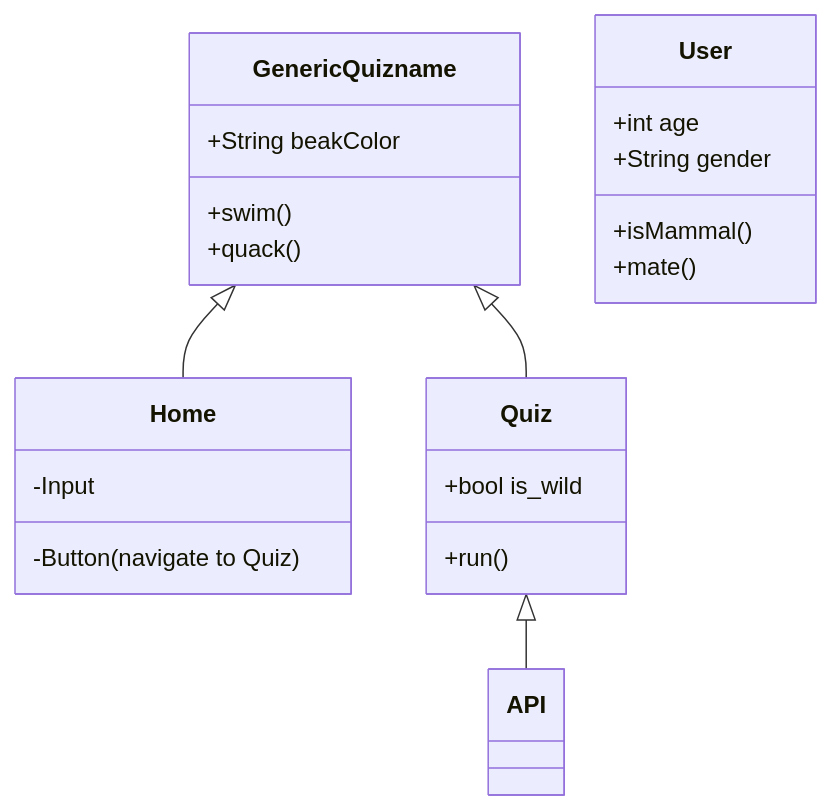
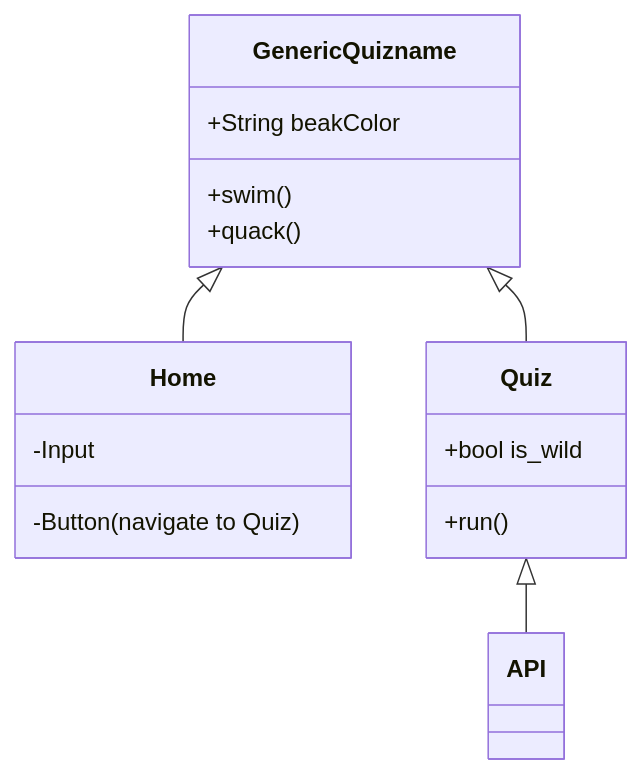
One commit to AdamAgerling/AdamAgerling-testing_typescript-quiz_app changed the diagram in src/Diagrams/classDiagram.md. Above: the diagram before and after it, drawn with Mermaid.

````diff
--- a/src/Diagrams/classDiagram.md
+++ b/src/Diagrams/classDiagram.md
@@ -1,26 +1,23 @@
 ```mermaid
   classDiagram
     Generic Quizname <|-- Home
     Generic Quizname <|-- Quiz
     Quiz <|-- API
-    User : +int age
-    User : +String gender
-    User: +isMammal()
-    User: +mate()
+
 
     class Generic Quizname {
         +String beakColor
         +swim()
         +quack()
     }
     class Home{
         -Input
         -Button(navigate to Quiz)
     }
     class Quiz{
         +bool is_wild
         +run()
     }
 
 
 ```
````
